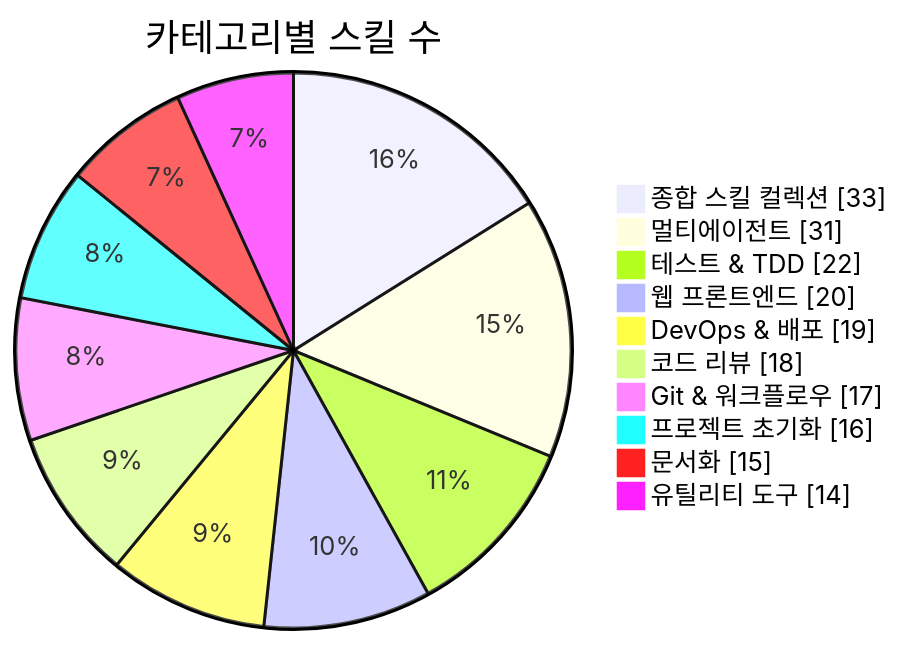
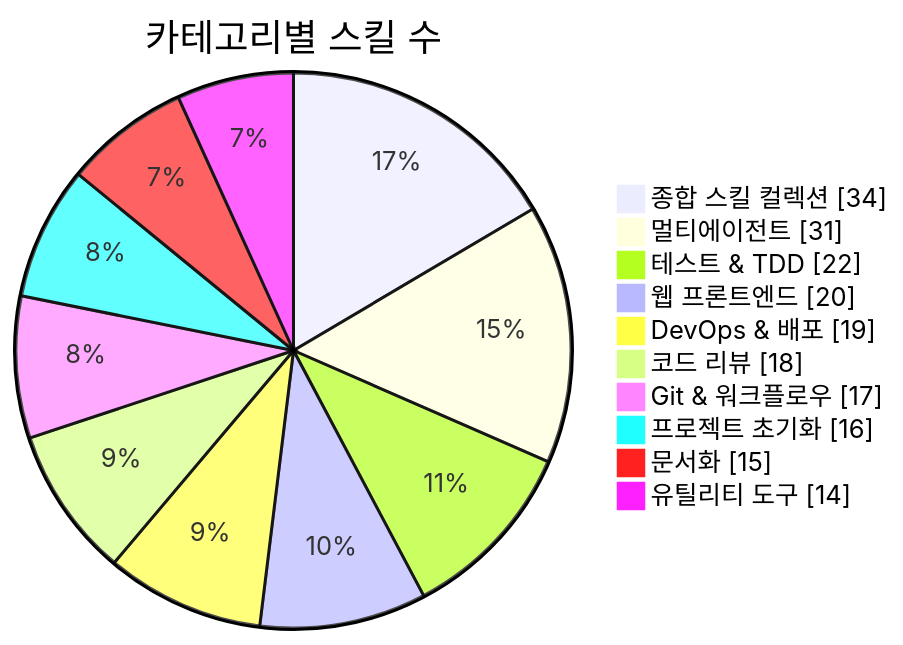
One commit to J-nowcow/awesome-korean-agent-skills changed the first of 3 diagrams in README.md. Above: the diagram before and after it, drawn with Mermaid. The commit also changed other lines of this file and 3 other files, not shown here.

````diff
--- a/README.md
+++ b/README.md
@@ -176,14 +176,14 @@
 ```mermaid
 pie showData
     title 카테고리별 스킬 수
-    "종합 스킬 컬렉션" : 33
+    "종합 스킬 컬렉션" : 34
     "멀티에이전트" : 31
     "테스트 & TDD" : 22
     "웹 프론트엔드" : 20
     "DevOps & 배포" : 19
     "코드 리뷰" : 18
     "Git & 워크플로우" : 17
     "프로젝트 초기화" : 16
     "문서화" : 15
     "유틸리티 도구" : 14
 ```
````
